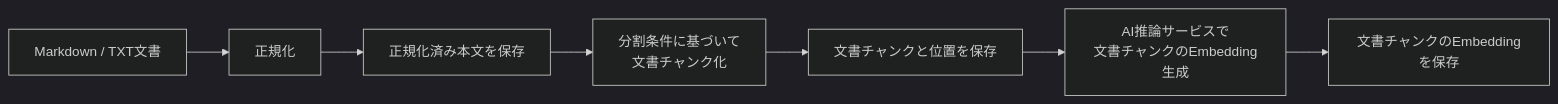
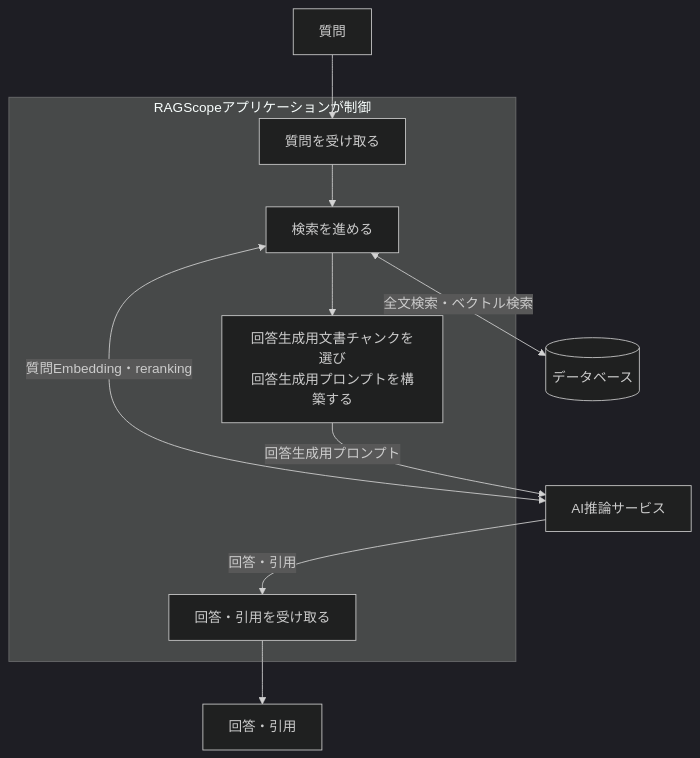
The third of 5 diagrams in project-docs/design/システムアーキテクチャ.md (takashit16833/RAGScope), drawn with Mermaid (dark theme) before and after one commit. The commit also changed other lines of this file and 4 other files, not shown here.

````diff
--- a/project-docs/design/システムアーキテクチャ.md
+++ b/project-docs/design/システムアーキテクチャ.md
@@ -164,9 +110,24 @@
 ```mermaid
-flowchart LR
-    Source["Markdown / TXT文書"] --> Normalize["正規化"]
-    Normalize --> StoreDocument["正規化済み本文を保存"]
-    StoreDocument --> Chunk["分割条件に基づいて<br>文書チャンク化"]
-    Chunk --> StoreChunk["文書チャンクと位置を保存"]
-    StoreChunk --> Embed["AI推論サービスで<br>文書チャンクのEmbedding生成"]
-    Embed --> StoreEmbedding["文書チャンクのEmbeddingを保存"]
+flowchart TB
+    Question["質問"]
+
+    subgraph Application["RAGScopeアプリケーションが制御"]
+        Receive["質問を受け取る"]
+        Search["検索を進める"]
+        Prepare["回答生成用文書チャンクを選び<br>回答生成用プロンプトを構築する"]
+        Return["回答・引用を受け取る"]
+
+        Receive --> Search --> Prepare
+    end
+
+    DB[("データベース")]
+    AI["AI推論サービス"]
+    Output["回答・引用"]
+
+    Question --> Receive
+    Search <-->|"全文検索・ベクトル検索"| DB
+    Search <-->|"質問Embedding・reranking"| AI
+    Prepare -->|"回答生成用プロンプト"| AI
+    AI -->|"回答・引用"| Return
+    Return --> Output
 ```
````
